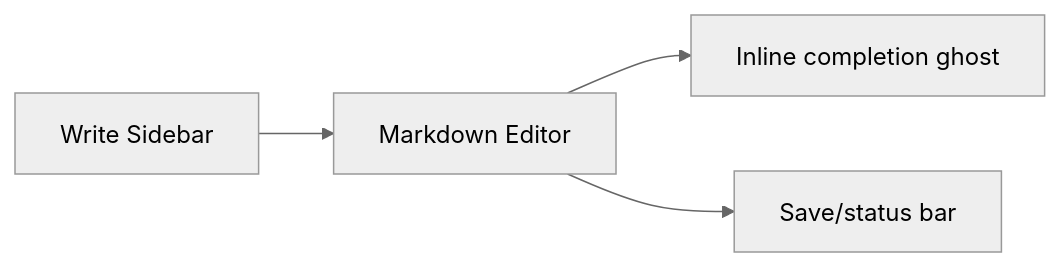
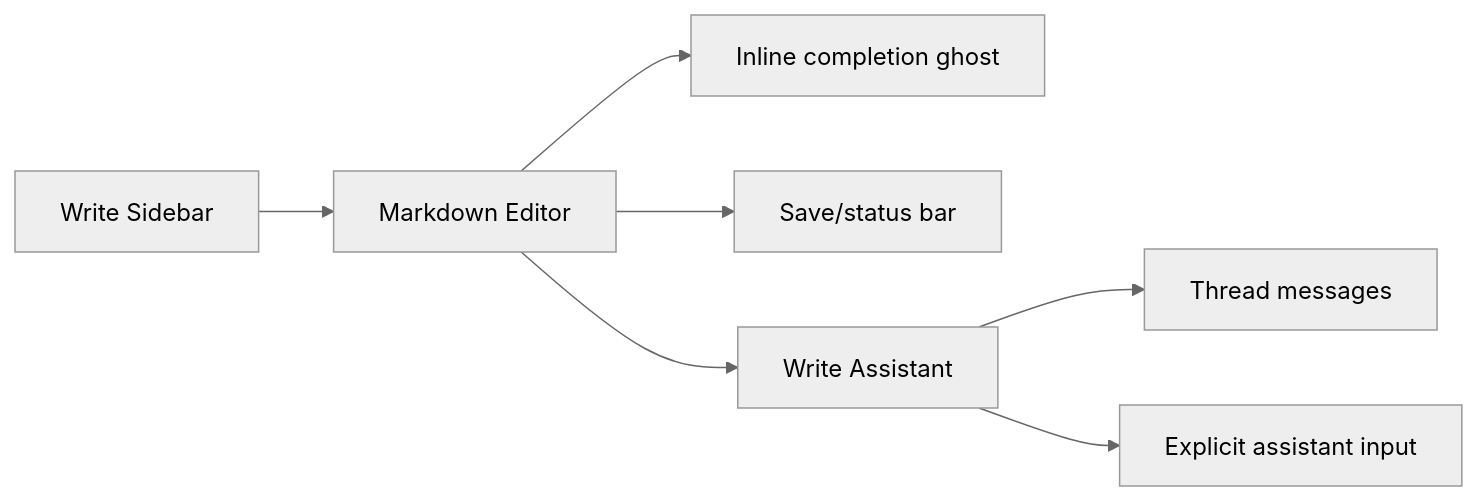
One commit to dp-sudo/agent-pyramid-desktop changed the third of 5 diagrams in docs/ui-layout-reference.md. Above: the diagram before and after it, drawn with Mermaid (neutral theme). The commit also changed other lines of this file and 20 other files, not shown here.

````diff
--- a/docs/ui-layout-reference.md
+++ b/docs/ui-layout-reference.md
@@ -422,11 +425,17 @@
 ```mermaid
 flowchart LR
   Sidebar["Write Sidebar"]
   Editor["Markdown Editor"]
   Ghost["Inline completion ghost"]
   Status["Save/status bar"]
+  Assistant["Write Assistant"]
+  Messages["Thread messages"]
+  Prompt["Explicit assistant input"]
 
   Sidebar --> Editor
   Editor --> Ghost
   Editor --> Status
+  Editor --> Assistant
+  Assistant --> Messages
+  Assistant --> Prompt
 ```
````
